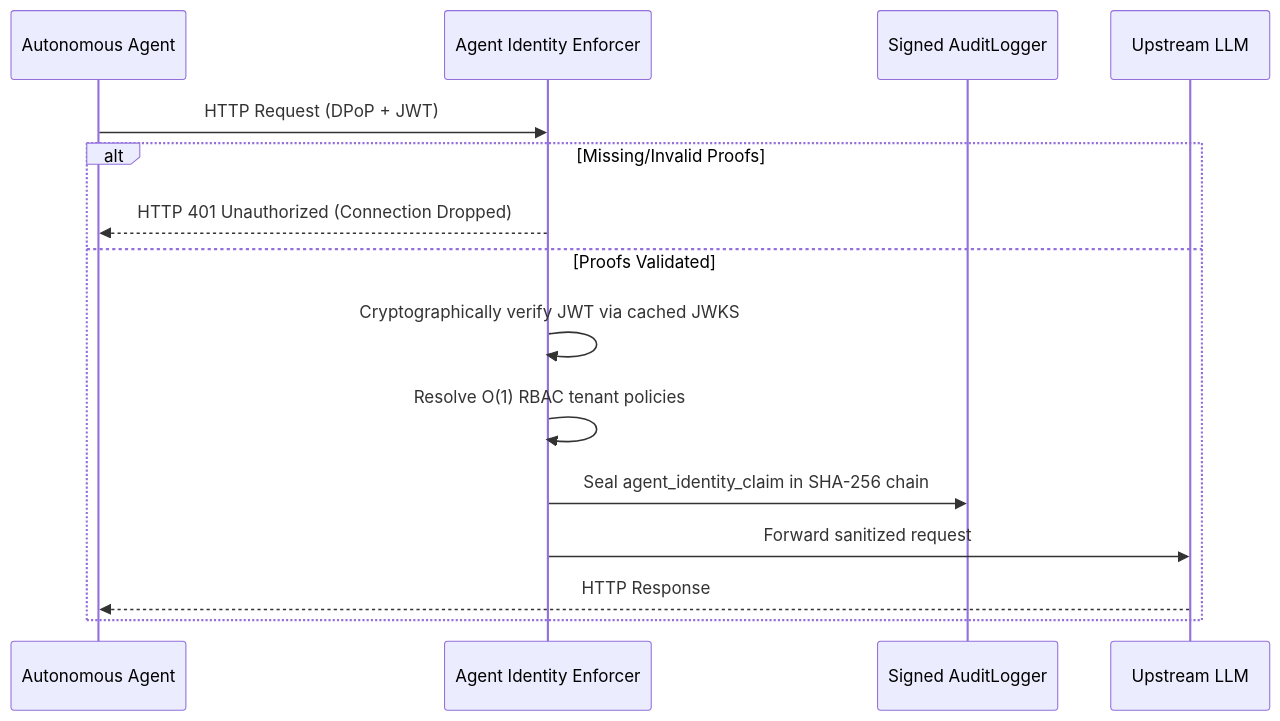
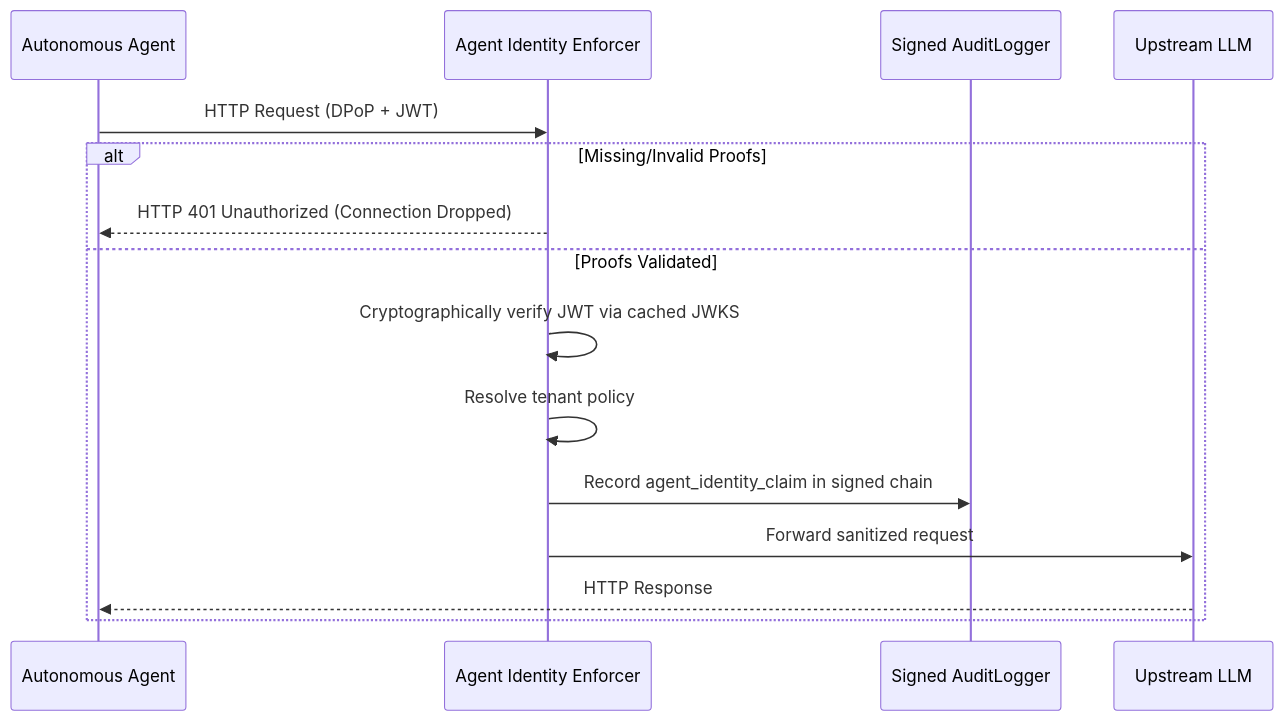
The diagram in website/docs/features/agent_identity_enforcer.md (ninadphalak/LLM-Shield-Proxy), drawn with Mermaid before and after one commit. The commit also changed other lines of this file and 81 other files, not shown here.

````diff
--- a/website/docs/features/agent_identity_enforcer.md
+++ b/website/docs/features/agent_identity_enforcer.md
@@ -13,19 +15,19 @@
 ```mermaid
 sequenceDiagram
     participant Agent as Autonomous Agent
     participant Enforcer as Agent Identity Enforcer
     participant Audit as Signed AuditLogger
     participant LLM as Upstream LLM
 
     Agent->>Enforcer: HTTP Request (DPoP + JWT)
 
     alt Missing/Invalid Proofs
         Enforcer-->>Agent: HTTP 401 Unauthorized (Connection Dropped)
     else Proofs Validated
         Enforcer->>Enforcer: Cryptographically verify JWT via cached JWKS
-        Enforcer->>Enforcer: Resolve O(1) RBAC tenant policies
-        Enforcer->>Audit: Seal agent_identity_claim in SHA-256 chain
+        Enforcer->>Enforcer: Resolve tenant policy
+        Enforcer->>Audit: Record agent_identity_claim in signed chain
         Enforcer->>LLM: Forward sanitized request
         LLM-->>Agent: HTTP Response
     end
 ```
````
